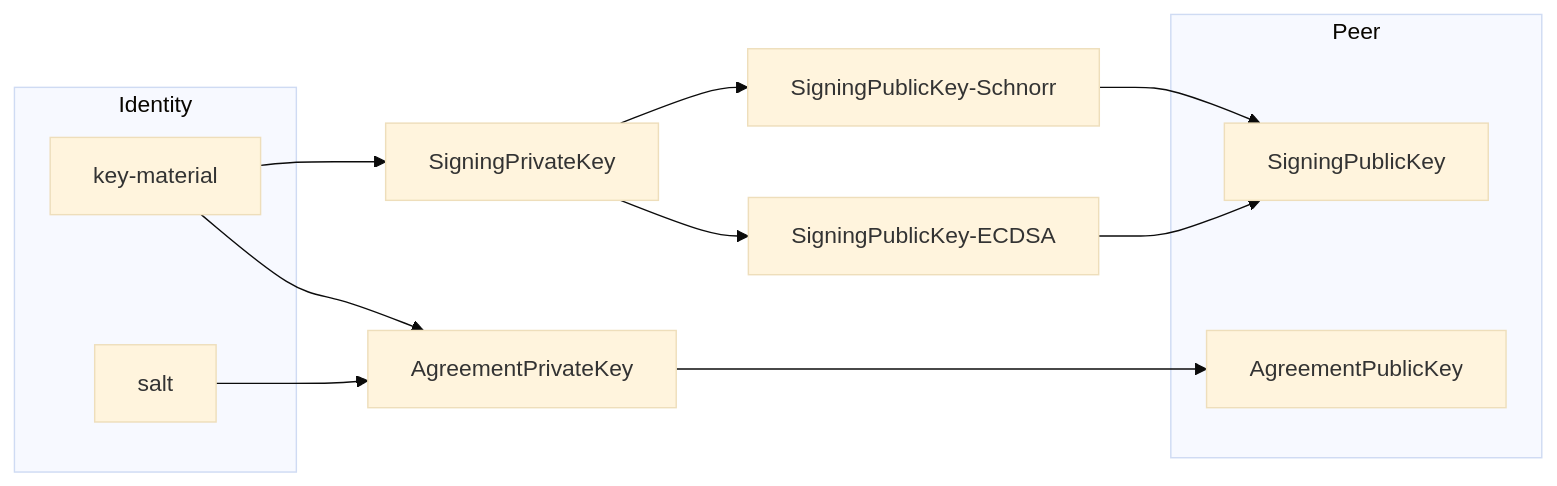
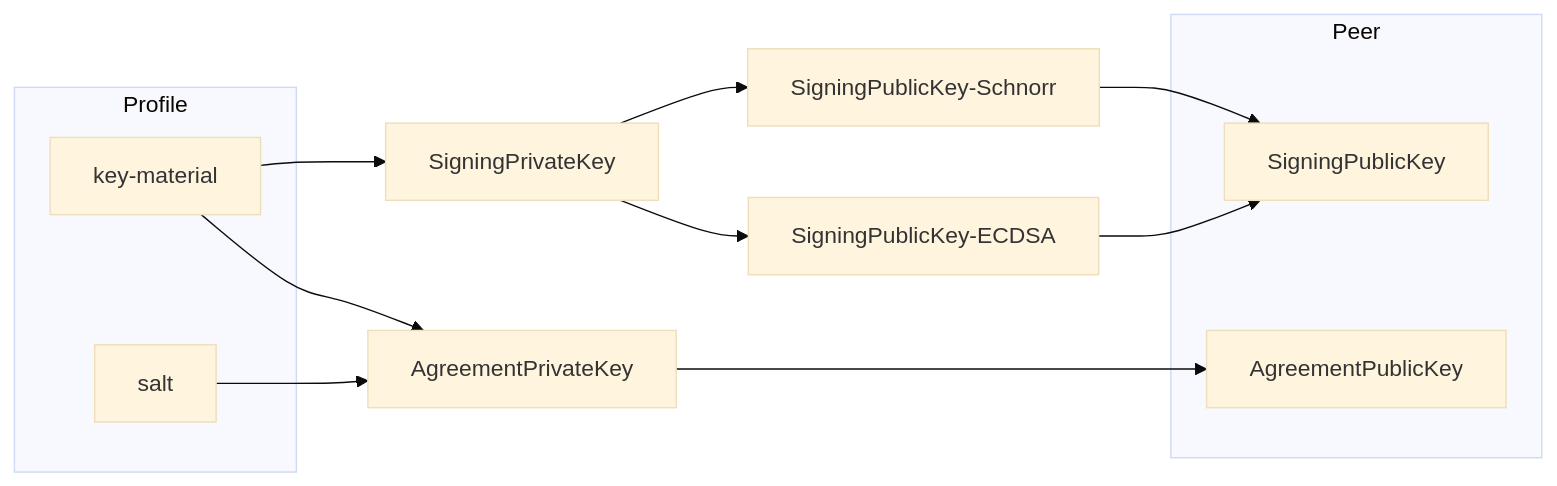
One commit to BlockchainCommons/BCSwiftFoundation changed the second of 11 diagrams in Docs/Secure Components/3-DEFINITIONS.md. Above: the diagram before and after it, drawn with Mermaid (base theme). The commit also changed other lines of this file and 14 other files, not shown here.

Commit message:
"Identity" -> "Profile"

````diff
--- a/Docs/Secure Components/3-DEFINITIONS.md
+++ b/Docs/Secure Components/3-DEFINITIONS.md
@@ -134,19 +134,19 @@
 ```mermaid
 graph LR
-  subgraph Identity
+  subgraph Profile
     key-material;
     salt;
   end
   subgraph Peer
     SigningPublicKey;
     AgreementPublicKey;
   end
     key-material --> SigningPrivateKey;
     key-material --> AgreementPrivateKey;
     salt --> AgreementPrivateKey;
     SigningPrivateKey --> SigningPublicKey-Schnorr;
     SigningPrivateKey --> SigningPublicKey-ECDSA;
     AgreementPrivateKey --> AgreementPublicKey;
     SigningPublicKey-Schnorr --> SigningPublicKey;
     SigningPublicKey-ECDSA --> SigningPublicKey;
 ```
````
